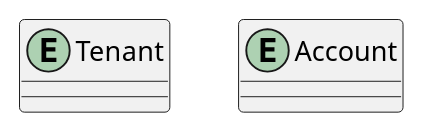
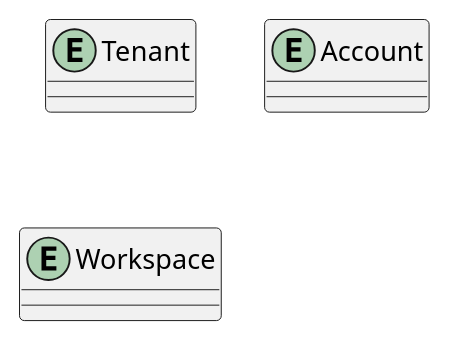
One commit to jairokoning/sprint_manager_uml changed the diagram in entities.plantuml. Above: the diagram before and after it, drawn with PlantUML.

Commit message:
feat: add entity workspace

```diff
--- a/entities.plantuml
+++ b/entities.plantuml
@@ -1,6 +1,7 @@
 @startuml "entities"
 
 entity Tenant {}
 entity Account {}
+entity Workspace {}
 
 @enduml
```
